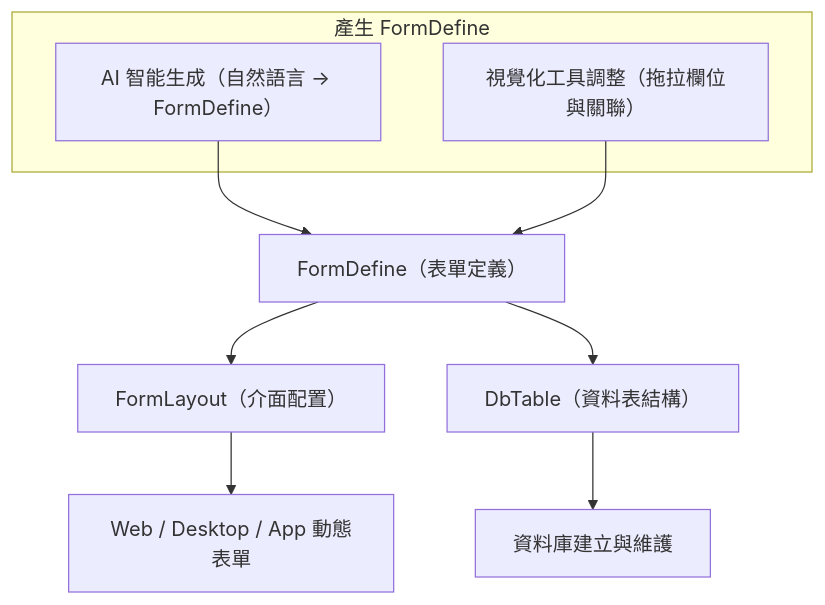
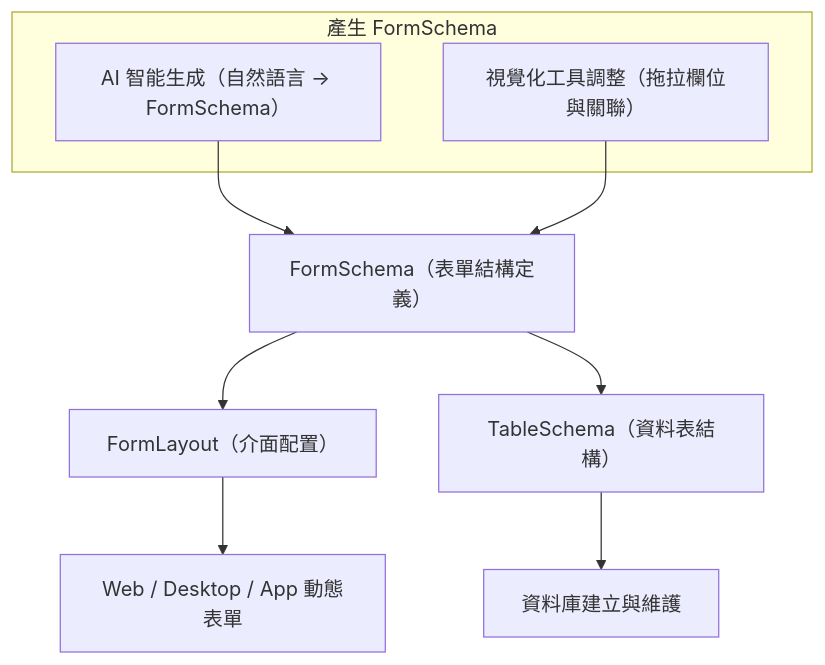
Before and after one commit to jeff377/bee-library: the first of 2 diagrams in docs/architecture-overview.md, drawn with Mermaid. The commit also changed other lines of this file and 16 other files, not shown here.

````diff
--- a/docs/architecture-overview.md
+++ b/docs/architecture-overview.md
@@ -92,16 +92,16 @@
 ```mermaid
 graph TD
-    subgraph 產生 FormDefine
-        A1["AI 智能生成（自然語言 → FormDefine）"]
+    subgraph 產生 FormSchema
+        A1["AI 智能生成（自然語言 → FormSchema）"]
         A2["視覺化工具調整（拖拉欄位與關聯）"]
     end
 
-    A1 --> FD["FormDefine（表單定義）"]
+    A1 --> FD["FormSchema（表單結構定義）"]
     A2 --> FD
 
     FD --> FL["FormLayout（介面配置）"]
-    FD --> DT["DbTable（資料表結構）"]
+    FD --> DT["TableSchema（資料表結構）"]
 
     FL --> UI["Web / Desktop / App 動態表單"]
     DT --> DB["資料庫建立與維護"]
 ```
````
